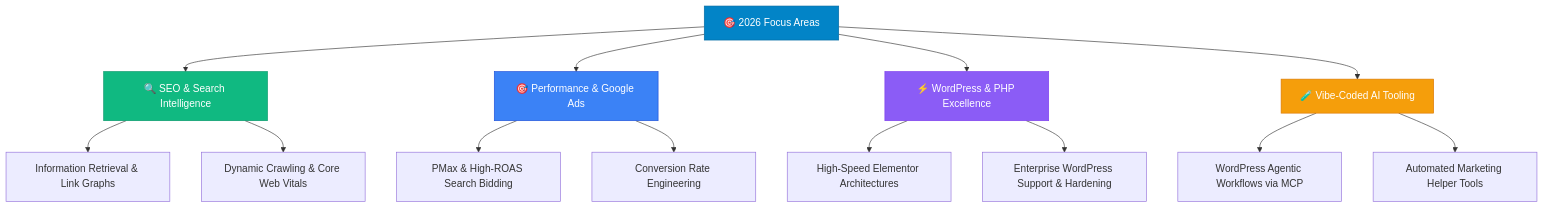
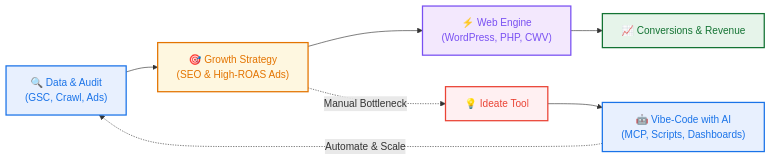
Before and after one commit to am333ni7y/am333ni7y: the diagram in README.md, drawn with Mermaid. The commit also changed other lines of this file, not shown here.

Commit message:
style: redesign profile with authentic Google Material 3 aesthetics and unique layout

````diff
--- a/README.md
+++ b/README.md
@@ -117,25 +139,17 @@
 ```mermaid
-graph TB
-    A[🎯 2026 Focus Areas] --> B[🔍 SEO & Search Intelligence]
-    A --> C[🎯 Performance & Google Ads]
-    A --> D[⚡ WordPress & PHP Excellence]
-    A --> E[🧪 Vibe-Coded AI Tooling]
+flowchart LR
+    A["🔍 Data & Audit<br>(GSC, Crawl, Ads)"] --> B["🎯 Growth Strategy<br>(SEO & High-ROAS Ads)"]
+    B --> C["⚡ Web Engine<br>(WordPress, PHP, CWV)"]
+    C --> D["📈 Conversions & Revenue"]
 
-    B --> B1[Information Retrieval & Link Graphs]
-    B --> B2[Dynamic Crawling & Core Web Vitals]
+    B -. "Manual Bottleneck" .-> E["💡 Ideate Tool"]
+    E --> F["🤖 Vibe-Code with AI<br>(MCP, Scripts, Dashboards)"]
+    F -. "Automate & Scale" .-> A
 
-    C --> C1[PMax & High-ROAS Search Bidding]
-    C --> C2[Conversion Rate Engineering]
-
-    D --> D1[High-Speed Elementor Architectures]
-    D --> D2[Enterprise WordPress Support & Hardening]
-
-    E --> E1[WordPress Agentic Workflows via MCP]
-    E --> E2[Automated Marketing Helper Tools]
-
-    style A fill:#0284C7,stroke:#0369A1,color:#fff
-    style B fill:#10B981,stroke:#059669,color:#fff
-    style C fill:#3B82F6,stroke:#1D4ED8,color:#fff
-    style D fill:#8B5CF6,stroke:#7C3AED,color:#fff
-    style E fill:#F59E0B,stroke:#D97706,color:#fff
+    style A fill:#E8F0FE,stroke:#1A73E8,stroke-width:2px,color:#1A73E8
+    style B fill:#FEF7E0,stroke:#E37400,stroke-width:2px,color:#E37400
+    style C fill:#F3E8FD,stroke:#7950F2,stroke-width:2px,color:#7950F2
+    style D fill:#E6F4EA,stroke:#137333,stroke-width:2px,color:#137333
+    style E fill:#FFF0F2,stroke:#EA4335,stroke-width:2px,color:#EA4335
+    style F fill:#E8F0FE,stroke:#1A73E8,stroke-width:2px,color:#1A73E8
 ```
````
